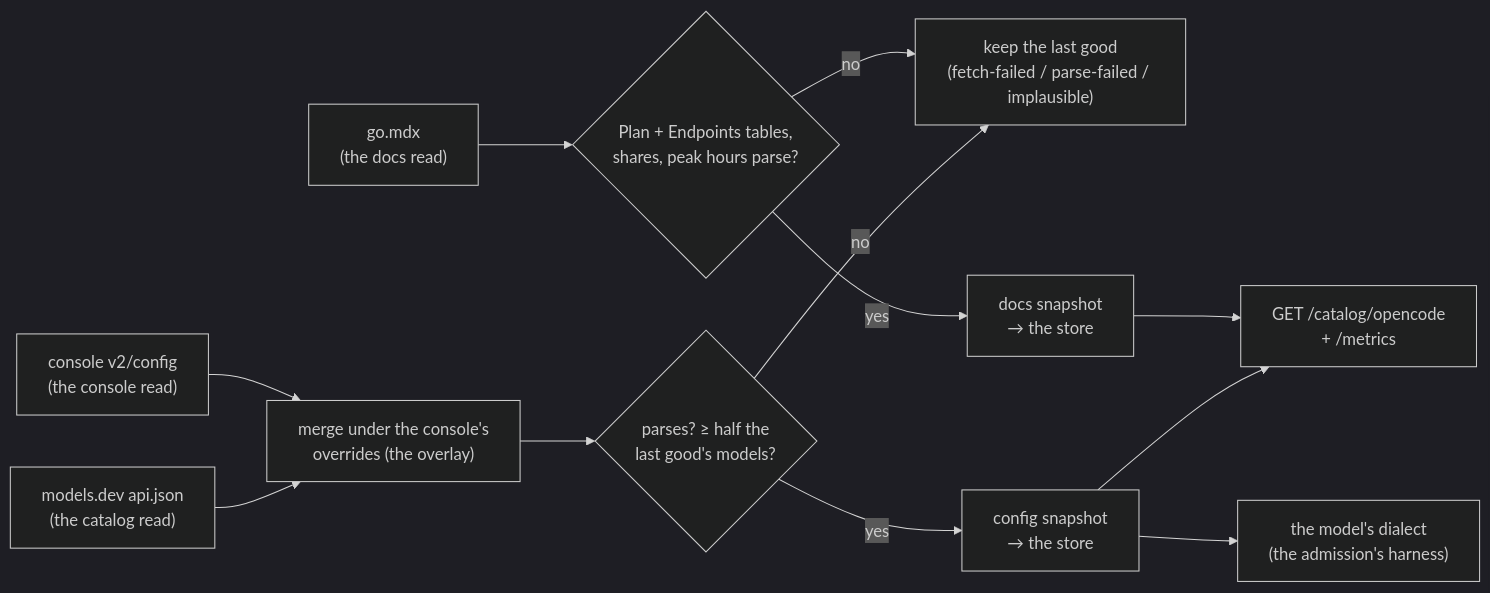
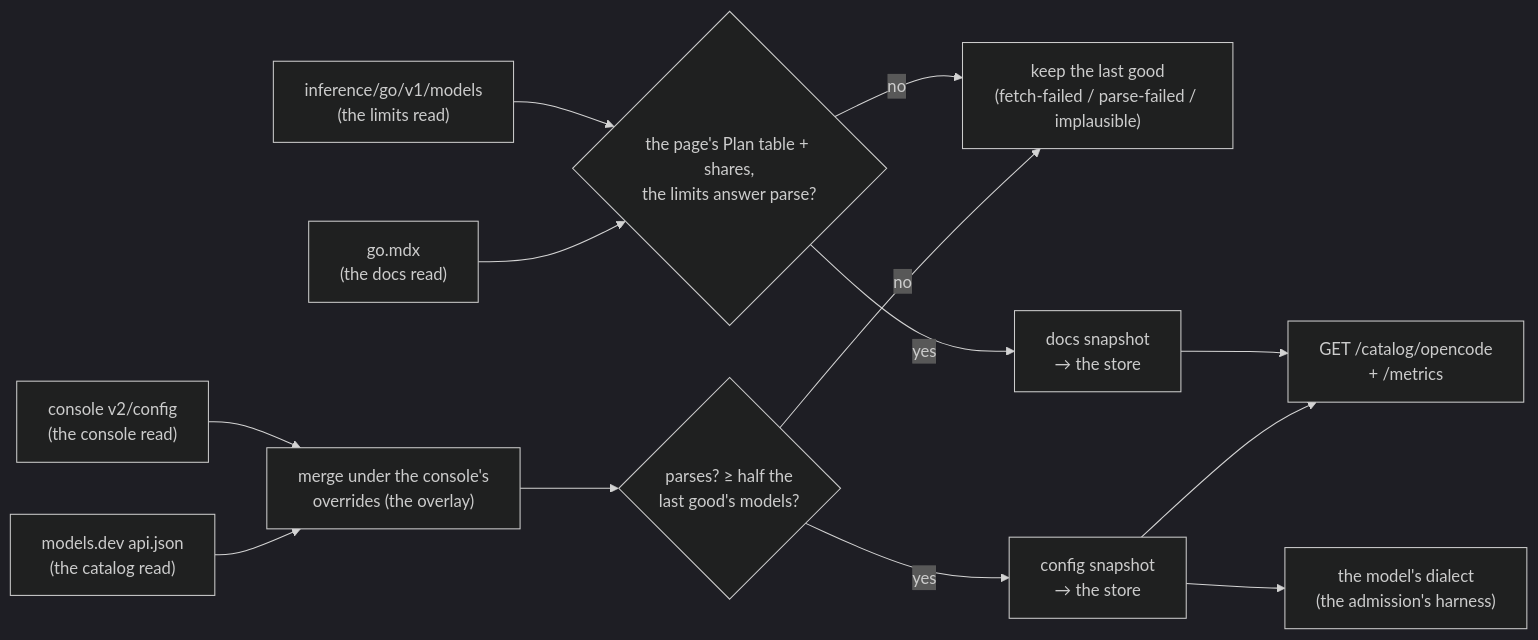
The second of 4 diagrams in gateway/specs/endpoints/catalog.md (teststuffstash/homelab), drawn with Mermaid (dark theme) before and after one commit. The commit also changed other lines of this file and 14 other files, not shown here.

First line of the commit message:
gateway: the Go docs source reads fees+shares from the page and limits+peak from the limits read (#3533)

````diff
--- a/gateway/specs/endpoints/catalog.md
+++ b/gateway/specs/endpoints/catalog.md
@@ -111,25 +111,26 @@
 ```mermaid
 flowchart LR
   A["models.dev api.json\n(the catalog read)"] --> B["merge under the console's\noverrides (the overlay)"]
   A2["console v2/config\n(the console read)"] --> B
   B --> C{"parses? ≥ half the\nlast good's models?"}
   C -->|no| K["keep the last good\n(fetch-failed / parse-failed / implausible)"]
   C -->|yes| S["config snapshot\n→ the store"]
-  D["go.mdx\n(the docs read)"] --> E{"Plan + Endpoints tables,\nshares, peak hours parse?"}
+  D["go.mdx\n(the docs read)"] --> E{"the page's Plan table + shares,\nthe limits answer parse?"}
+  D2["inference/go/v1/models\n(the limits read)"] --> E
   E -->|no| K
   E -->|yes| T["docs snapshot\n→ the store"]
   S --> V["GET /catalog/opencode\n+ /metrics"]
   T --> V
   S --> DI["the model's dialect\n(the admission's harness)"]
   click A href "#a-good-fetch-lands" "A good fetch lands" _self
   click A2 href "#which-rows-the-merged-listing-holds" "Which rows the merged listing holds" _self
   click B href "#which-rows-the-merged-listing-holds" "Which rows the merged listing holds" _self
   click C href "#the-half-rule" "The half rule" _self
   click K href "#a-failed-read-keeps-the-last-good" "A failed read keeps the last good" _self
   click S href "#kept-across-a-restart" "Kept across a restart" _self
   click D href "#the-go-page-lands-or-the-last-good-stands" "The Go page lands or the last good stands" _self
   click E href "#a-page-shape-the-parser-does-not-know" "A page shape the parser does not know" _self
   click T href "#the-pages-promotion-and-plan-rows" "The page's promotion and plan rows" _self
   click V href "#gw-catalog-go-parse" "GW-CATALOG-GO-PARSE — what the view says" _self
   click DI href "#the-models-dialect" "The model's dialect" _self
 ```
````
